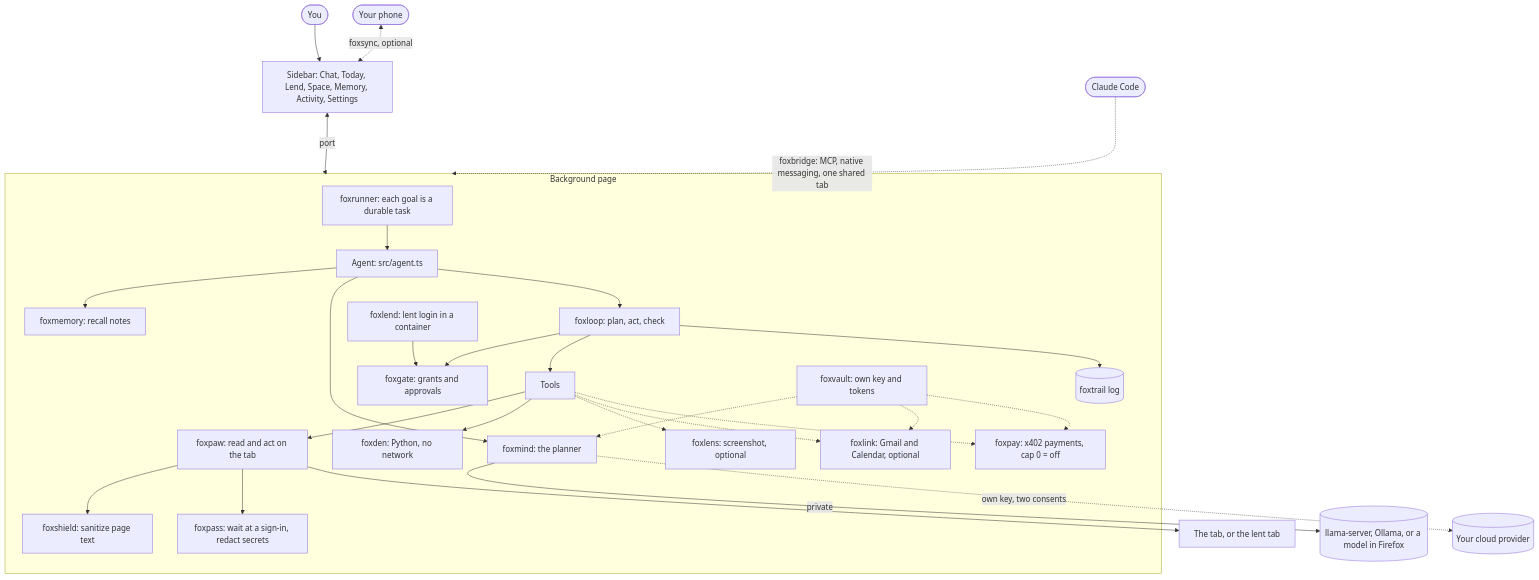
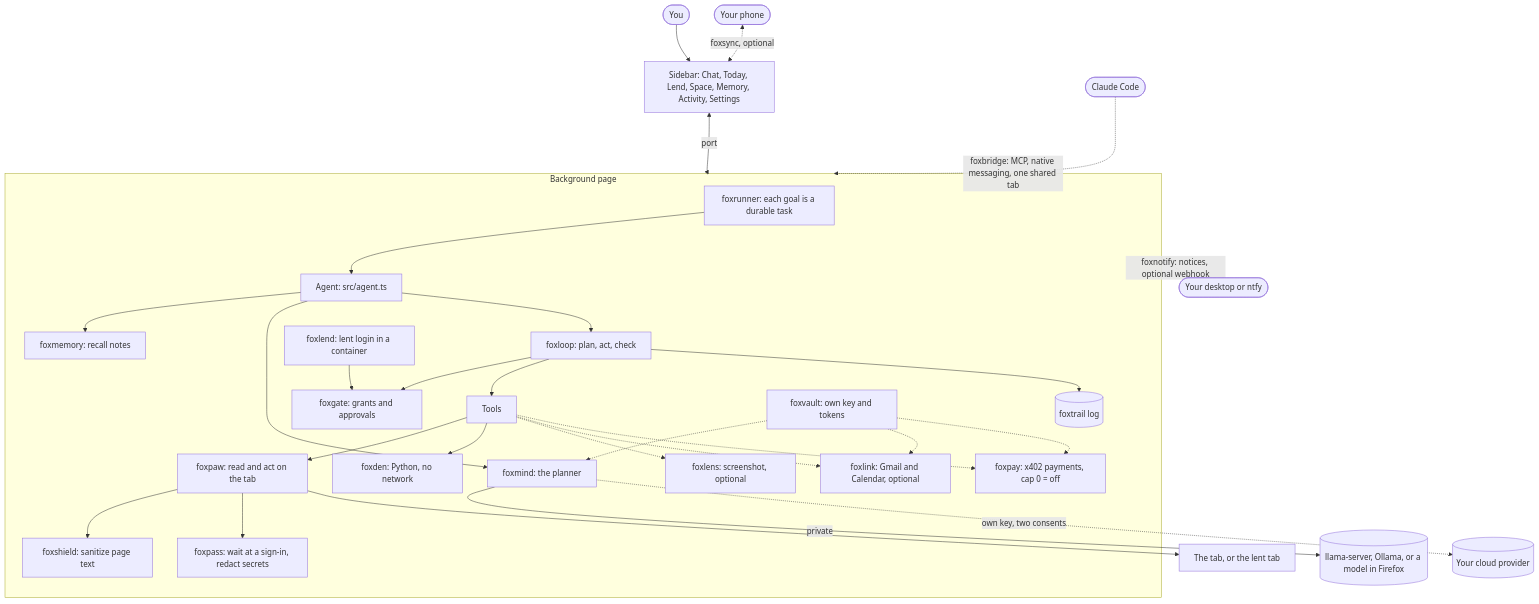
One commit to pooriaarab/foxmate changed the first of 3 diagrams in README.md. Above: the diagram before and after it, drawn with Mermaid. The commit also changed other lines of this file and 16 other files, not shown here.

Commit message:
[FMT-86] Send notices through foxnotify (#87)

````diff
--- a/README.md
+++ b/README.md
@@ -82,30 +84,31 @@
 ```mermaid
 flowchart TB
   user([You]) --> sidebar[Sidebar: Chat, Today, Lend, Space, Memory, Activity, Settings]
   sidebar <-->|port| bg[Background page]
   phone([Your phone]) <-.->|foxsync, optional| sidebar
+  bg -.->|foxnotify: notices, optional webhook| you([Your desktop or ntfy])
   claude([Claude Code]) -.->|foxbridge: MCP, native messaging, one shared tab| bg
   subgraph bg[Background page]
     runner[foxrunner: each goal is a durable task] --> agent[Agent: src/agent.ts]
     agent --> recall[foxmemory: recall notes]
     agent --> brain[foxmind: the planner]
     agent --> loop[foxloop: plan, act, check]
     loop --> gate[foxgate: grants and approvals]
     loop --> tools[Tools]
     loop --> trail[(foxtrail log)]
     tools --> paw[foxpaw: read and act on the tab]
     paw --> shield[foxshield: sanitize page text]
     paw --> pass[foxpass: wait at a sign-in, redact secrets]
     tools --> den[foxden: Python, no network]
     tools -.-> lens[foxlens: screenshot, optional]
     tools -.-> link[foxlink: Gmail and Calendar, optional]
     tools -.-> pay[foxpay: x402 payments, cap 0 = off]
     lend[foxlend: lent login in a container] --> gate
     vault[foxvault: own key and tokens] -.-> brain
     vault -.-> link
     vault -.-> pay
   end
   brain -->|private| local[(llama-server, Ollama, or a model in Firefox)]
   brain -.->|own key, two consents| cloud[(Your cloud provider)]
   paw --> tab[The tab, or the lent tab]
 ```
````
